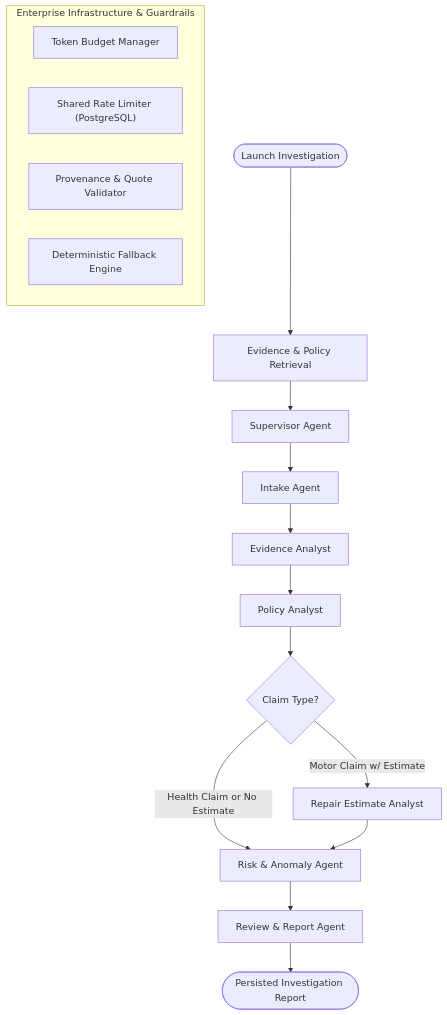
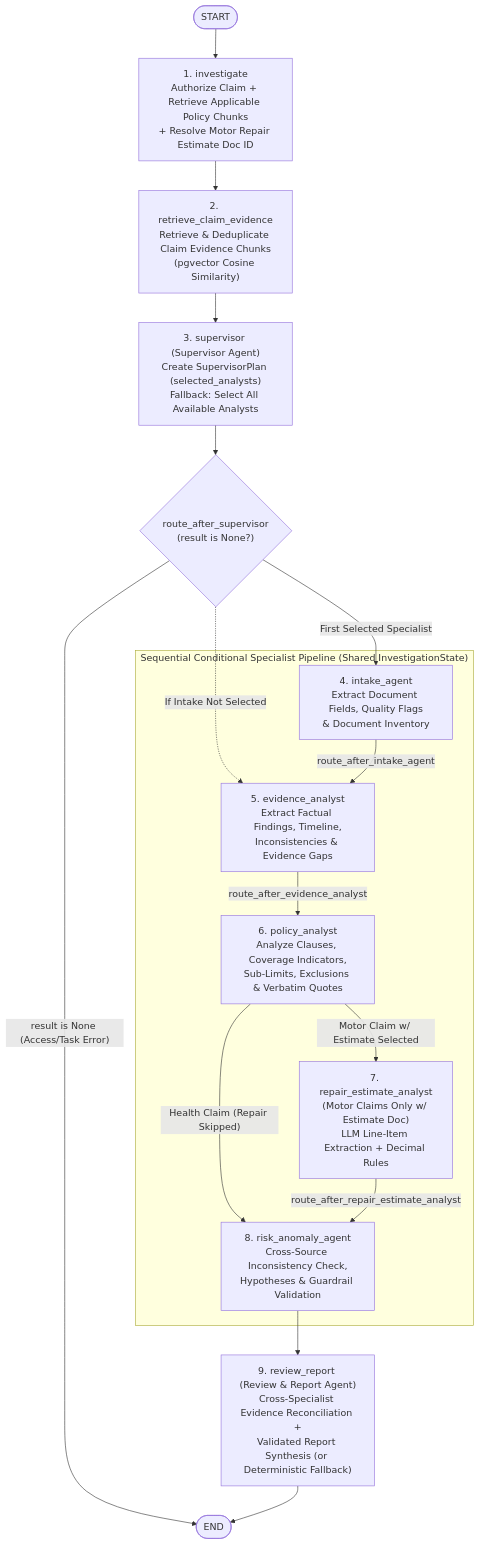
Before and after one commit to Sumeet2005/ClaimSage-v2: the fourth of 5 diagrams in README.md, drawn with Mermaid. The commit also changed other lines of this file and 47 other files, not shown here.

````diff
--- a/README.md
+++ b/README.md
@@ -71,21 +347,32 @@
 ```mermaid
 flowchart TD
-    Start([Launch Investigation]) --> Retrieve[Evidence & Policy Retrieval]
-    Retrieve --> Sup[Supervisor Agent]
-    Sup --> Intake[Intake Agent]
-    Intake --> Evid[Evidence Analyst]
-    Evid --> Policy[Policy Analyst]
-    Policy --> Route{Claim Type?}
-    Route -->|Motor Claim w/ Estimate| Repair[Repair Estimate Analyst]
-    Route -->|Health Claim or No Estimate| Risk[Risk & Anomaly Agent]
-    Repair --> Risk
-    Risk --> Report[Review & Report Agent]
-    Report --> EndNode([Persisted Investigation Report])
+    StartNode([START])
+    Investigate["1. investigate\nAuthorize Claim + Retrieve Applicable Policy Chunks\n+ Resolve Motor Repair Estimate Doc ID"]
+    RetrieveEv["2. retrieve_claim_evidence\nRetrieve & Deduplicate Claim Evidence Chunks\n(pgvector Cosine Similarity)"]
+    Supervisor["3. supervisor (Supervisor Agent)\nCreate SupervisorPlan (selected_analysts)\nFallback: Select All Available Analysts"]
+    RouteSup{"route_after_supervisor\n(result is None?)"}
 
-    subgraph Infrastructure ["Enterprise Infrastructure & Guardrails"]
-        TBM["Token Budget Manager"]
-        SRL["Shared Rate Limiter (PostgreSQL)"]
-        PV["Provenance & Quote Validator"]
-        DF["Deterministic Fallback Engine"]
+    subgraph Specialists ["Sequential Conditional Specialist Pipeline (Shared InvestigationState)"]
+        Intake["4. intake_agent\nExtract Document Fields, Quality Flags\n& Document Inventory"]
+        Evidence["5. evidence_analyst\nExtract Factual Findings, Timeline,\nInconsistencies & Evidence Gaps"]
+        Policy["6. policy_analyst\nAnalyze Clauses, Coverage Indicators,\nSub-Limits, Exclusions & Verbatim Quotes"]
+        Repair["7. repair_estimate_analyst\n(Motor Claims Only w/ Estimate Doc)\nLLM Line-Item Extraction + Decimal Rules"]
+        Risk["8. risk_anomaly_agent\nCross-Source Inconsistency Check,\nHypotheses & Guardrail Validation"]
     end
+
+    ReviewReport["9. review_report (Review & Report Agent)\nCross-Specialist Evidence Reconciliation +\nValidated Report Synthesis (or Deterministic Fallback)"]
+    EndNode([END])
+
+    StartNode --> Investigate --> RetrieveEv --> Supervisor --> RouteSup
+    RouteSup -->|"result is None (Access/Task Error)"| EndNode
+    RouteSup -->|"First Selected Specialist"| Intake
+    RouteSup -.->|"If Intake Not Selected"| Evidence
+
+    Intake -->|"route_after_intake_agent"| Evidence
+    Evidence -->|"route_after_evidence_analyst"| Policy
+    Policy -->|"Motor Claim w/ Estimate Selected"| Repair
+    Policy -->|"Health Claim (Repair Skipped)"| Risk
+    Repair -->|"route_after_repair_estimate_analyst"| Risk
+    Risk --> ReviewReport
+    ReviewReport --> EndNode
 ```
````
